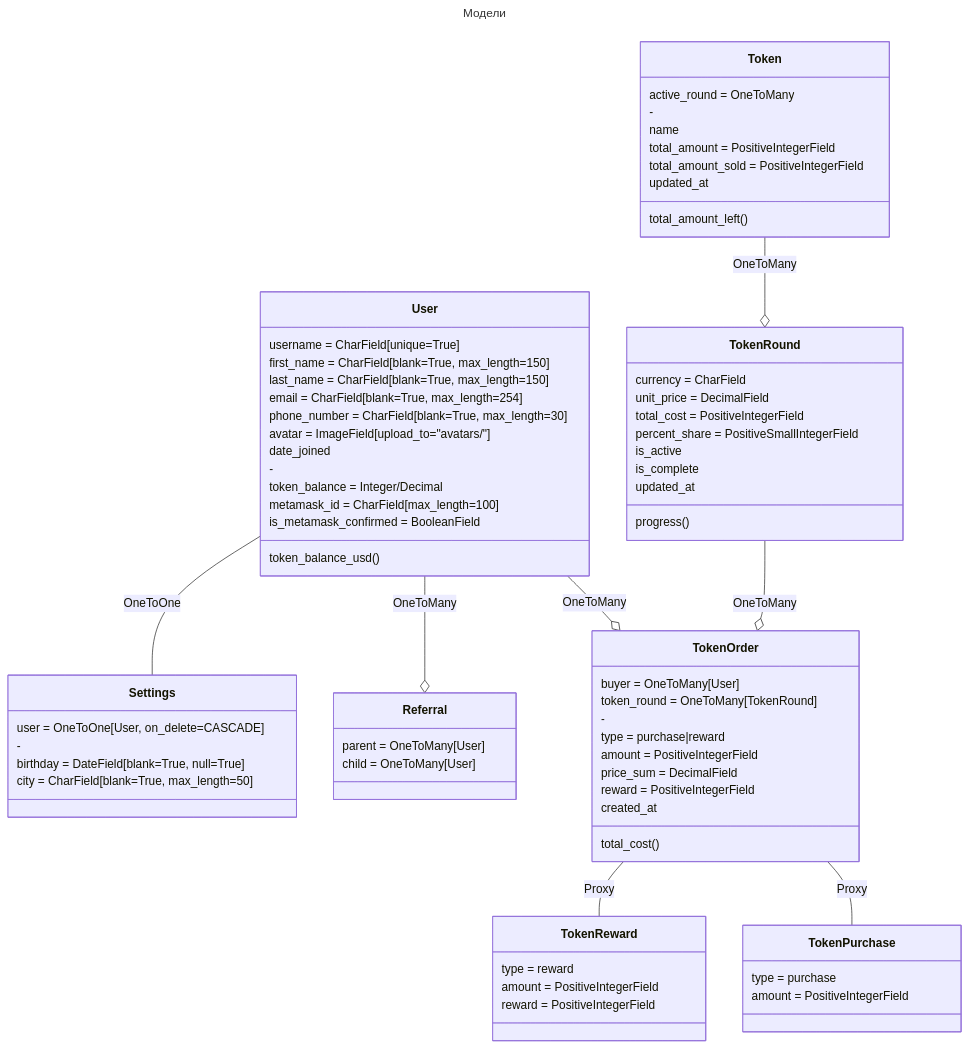
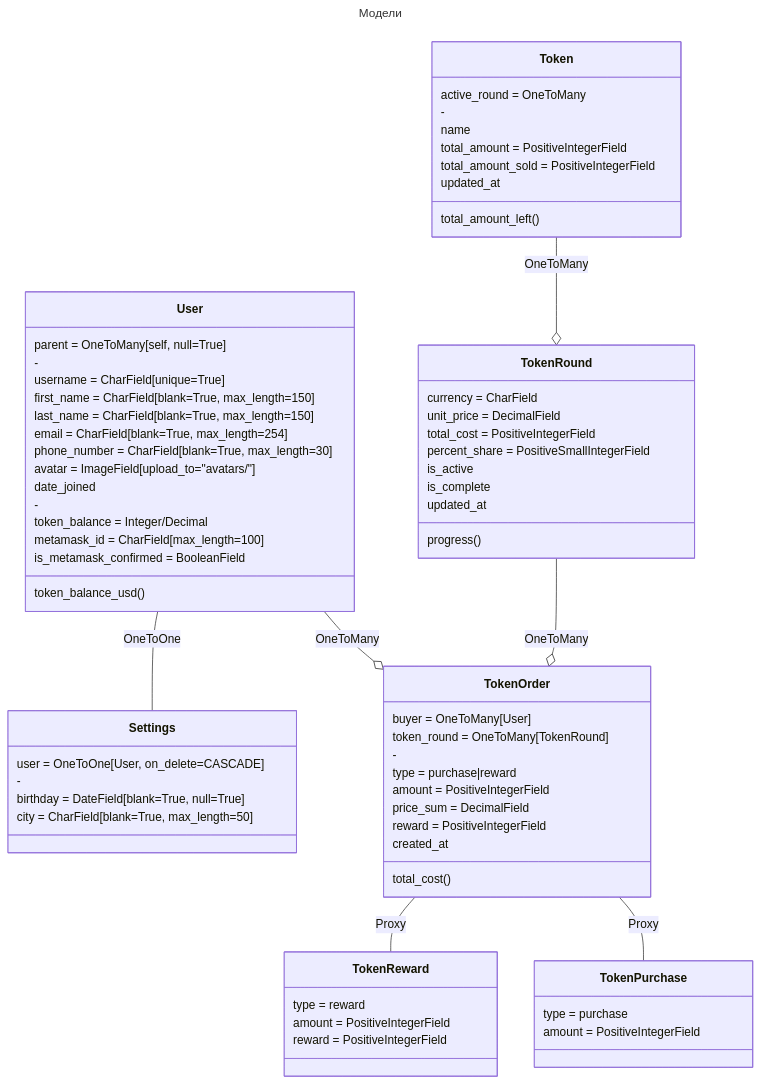
One commit to DmitryPi/market_django changed the first of 2 diagrams in README.md. Above: the diagram before and after it, drawn with Mermaid. The commit also changed other lines of this file and 17 other files, not shown here.

```diff
--- a/README.md
+++ b/README.md
@@ -42,7 +19,6 @@
 ---
 classDiagram
     User -- Settings : OneToOne
-    User --o Referral : OneToMany
     Token --o TokenRound : OneToMany
     User --o TokenOrder : OneToMany
     TokenRound --o TokenOrder : OneToMany
@@ -50,6 +26,8 @@
     TokenOrder -- TokenPurchase : Proxy
 
     class User {
+        parent = OneToMany[self, null=True]
+        -
         username = CharField[unique=True]
         first_name = CharField[blank=True, max_length=150]
         last_name = CharField[blank=True, max_length=150]
@@ -69,11 +47,6 @@
         -
         birthday = DateField[blank=True, null=True]
         city = CharField[blank=True, max_length=50]
-    }
-
-    class Referral {
-        parent = OneToMany[User]
-        child = OneToMany[User]
     }
 
     class Token {
```
